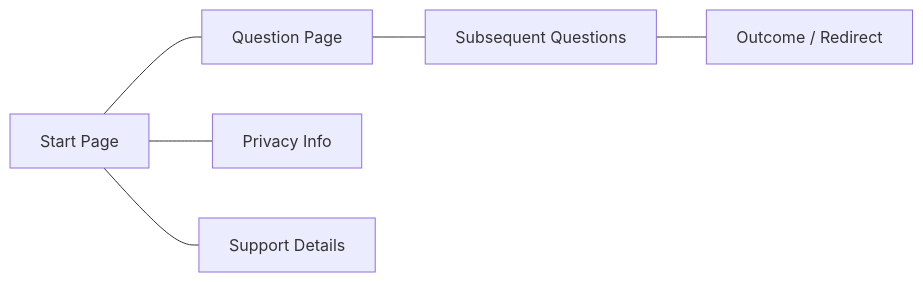
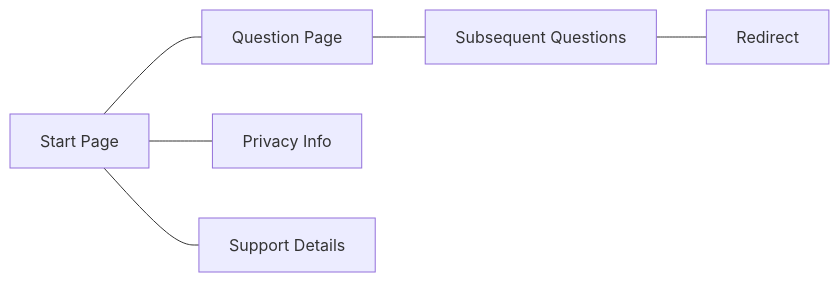
The second of 2 diagrams in src/Frontend/README.md (DFE-Digital/get-to-an-answer), drawn with Mermaid before and after one commit. The commit also changed other lines of this file and 2 other files, not shown here.

````diff
--- a/src/Frontend/README.md
+++ b/src/Frontend/README.md
@@ -30,10 +30,10 @@
 ```mermaid
 graph LR
   ST[Start Page] --- Q1[Question Page]
   Q1 --- QN[Subsequent Questions]
-  QN --- OUT[Outcome / Redirect]
+  QN --- OUT[Redirect]
   ST --- PRIV[Privacy Info]
   ST --- SUP[Support Details]
 
   classDef muted fill:#f5f5f5,stroke:#bbb,color:#666;
 ```
````
